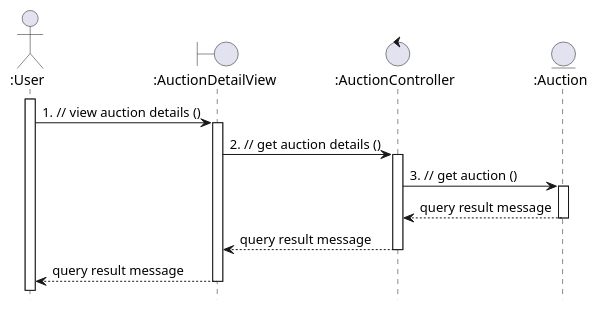
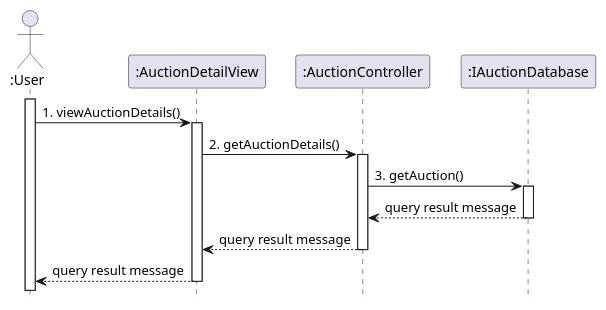
One commit to anhbanlinhle/velocity-exchange changed the diagram in uml/design/sequence/linh/view_auction_information.pu. Above: the diagram before and after it, drawn with PlantUML.

Commit message:
doc[lynn]: base convert vopc no. 7

```diff
--- a/uml/design/sequence/linh/view_auction_information.pu
+++ b/uml/design/sequence/linh/view_auction_information.pu
@@ -1,23 +1,23 @@
 @startuml UC_7
 hide footbox
 
 actor ":User" as User
-boundary ":AuctionDetailView" as AuctionView
-control ":AuctionController" as SearchController
-entity ":Auction" as Auction
+participant ":AuctionDetailView" as AuctionView
+participant ":AuctionController" as SearchController
+participant ":IAuctionDatabase" as Auction
 
 User ++
-  User -> AuctionView: 1. // view auction details ()
+  User -> AuctionView: 1. viewAuctionDetails()
   activate AuctionView
-    AuctionView -> SearchController: 2. // get auction details ()
+    AuctionView -> SearchController: 2. getAuctionDetails()
     activate SearchController
-      SearchController -> Auction: 3. // get auction ()
+      SearchController -> Auction: 3. getAuction()
         activate Auction
           Auction --> SearchController: query result message
         deactivate Auction
       SearchController --> AuctionView: query result message
     deactivate SearchController
     AuctionView --> User: query result message
   deactivate AuctionView
 
 @enduml
```
